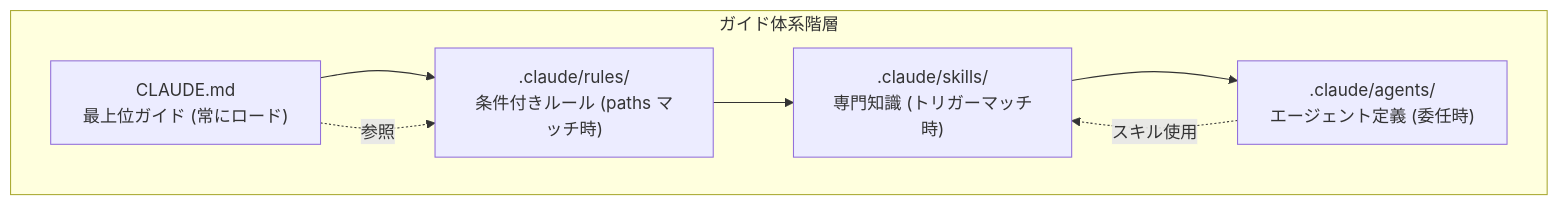
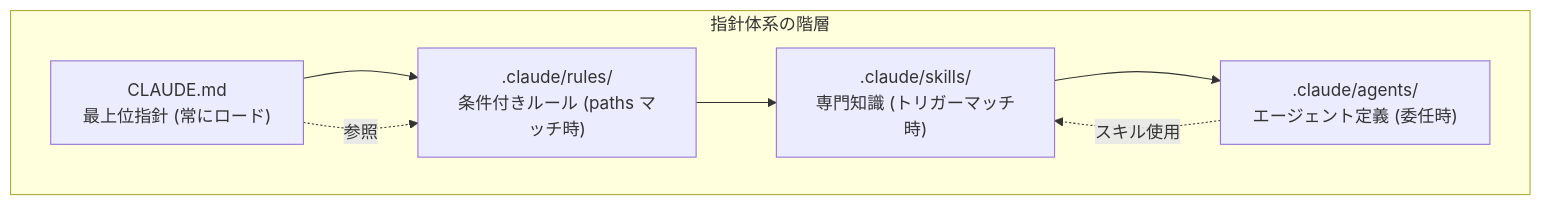
Before and after one commit to modu-ai/moai-adk: the fourth of 4 diagrams in docs-site/content/ja/advanced/claude-md-guide.md, drawn with Mermaid. The commit also changed other lines of this file and 395 other files, not shown here.

````diff
--- a/docs-site/content/ja/advanced/claude-md-guide.md
+++ b/docs-site/content/ja/advanced/claude-md-guide.md
@@ -323,17 +329,17 @@
 ```mermaid
 flowchart TD
-    subgraph HIERARCHY["ガイド体系階層"]
-        CLAUDE["CLAUDE.md<br>最上位ガイド (常にロード)"]
+    subgraph HIERARCHY["指針体系の階層"]
+        CLAUDE["CLAUDE.md<br>最上位指針 (常にロード)"]
         RULES[".claude/rules/<br>条件付きルール (paths マッチ時)"]
         SKILLS[".claude/skills/<br>専門知識 (トリガーマッチ時)"]
         AGENTS[".claude/agents/<br>エージェント定義 (委任時)"]
     end
 
     CLAUDE --> RULES
     RULES --> SKILLS
     SKILLS --> AGENTS
 
     CLAUDE -.->|"参照"| RULES
     AGENTS -.->|"スキル使用"| SKILLS
 
 ```
````
